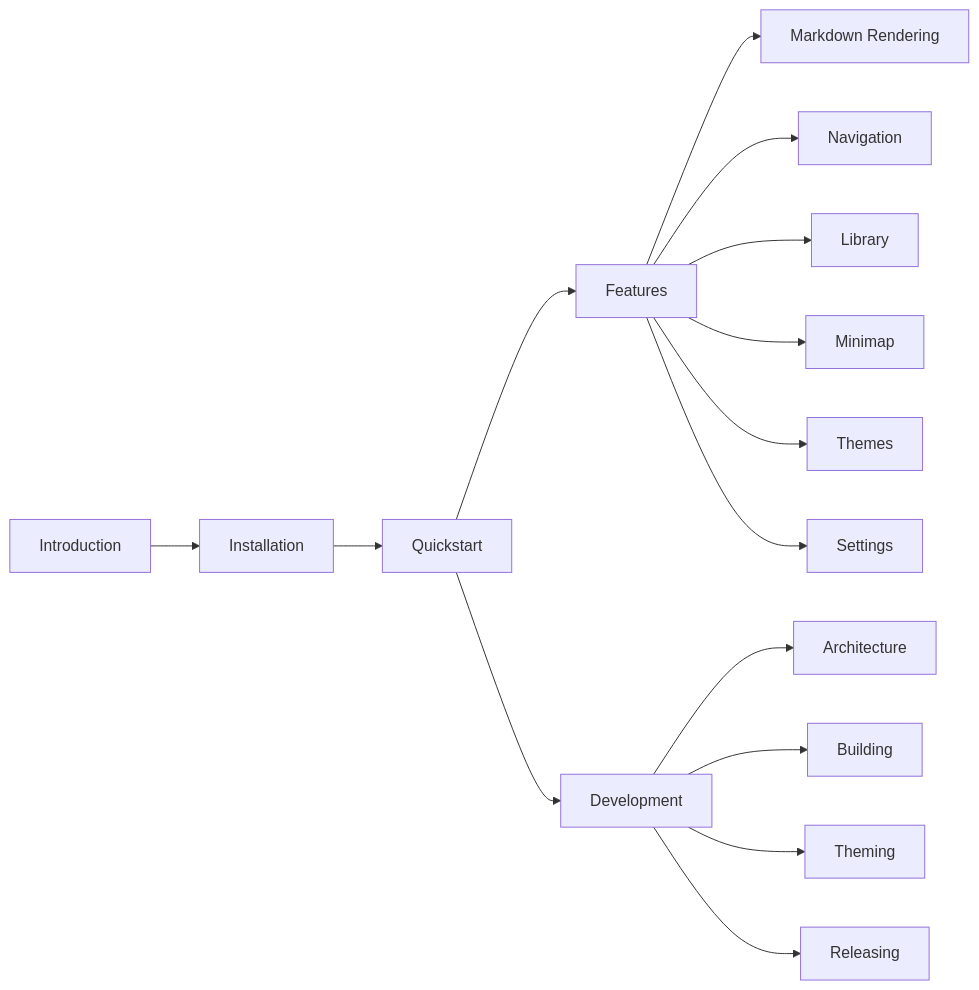
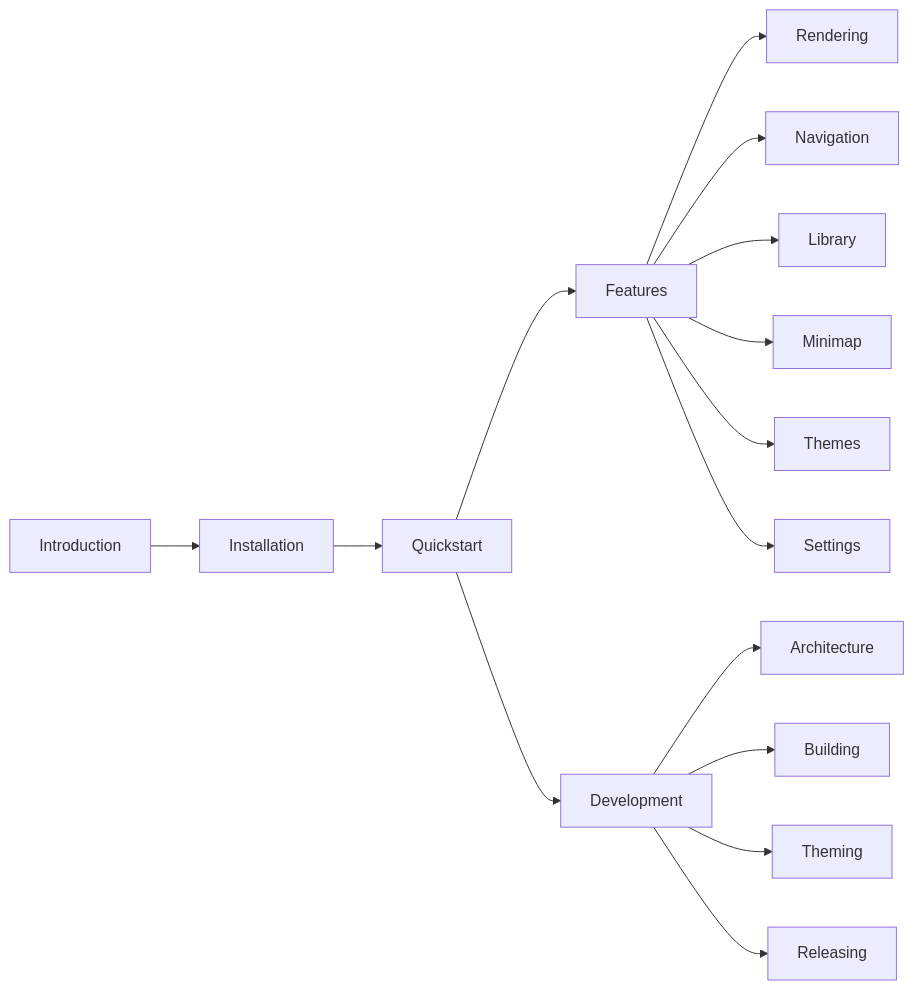
Before and after one commit to ryanallen/leaftext: the diagram in docs/README.md, drawn with Mermaid. The commit also changed other lines of this file and 24 other files, not shown here.

````diff
--- a/docs/README.md
+++ b/docs/README.md
@@ -9,17 +9,17 @@
 ```mermaid
 flowchart LR
     A[Introduction] --> B[Installation]
     B --> C[Quickstart]
     C --> D[Features]
-    D --> E[Markdown Rendering]
+    D --> E[Rendering]
     D --> F[Navigation]
     D --> G[Library]
     D --> H[Minimap]
     D --> I[Themes]
     D --> J[Settings]
     C --> K[Development]
     K --> L[Architecture]
     K --> M[Building]
     K --> N[Theming]
     K --> O[Releasing]
 ```
````
